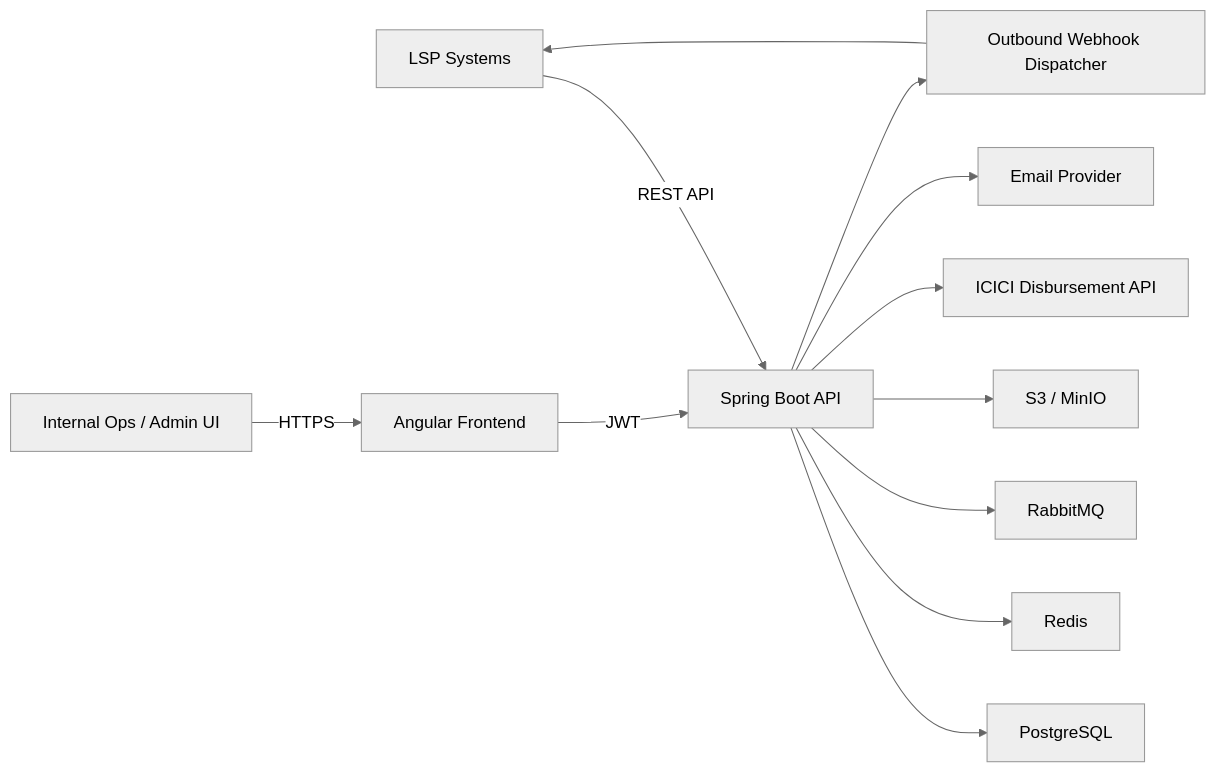
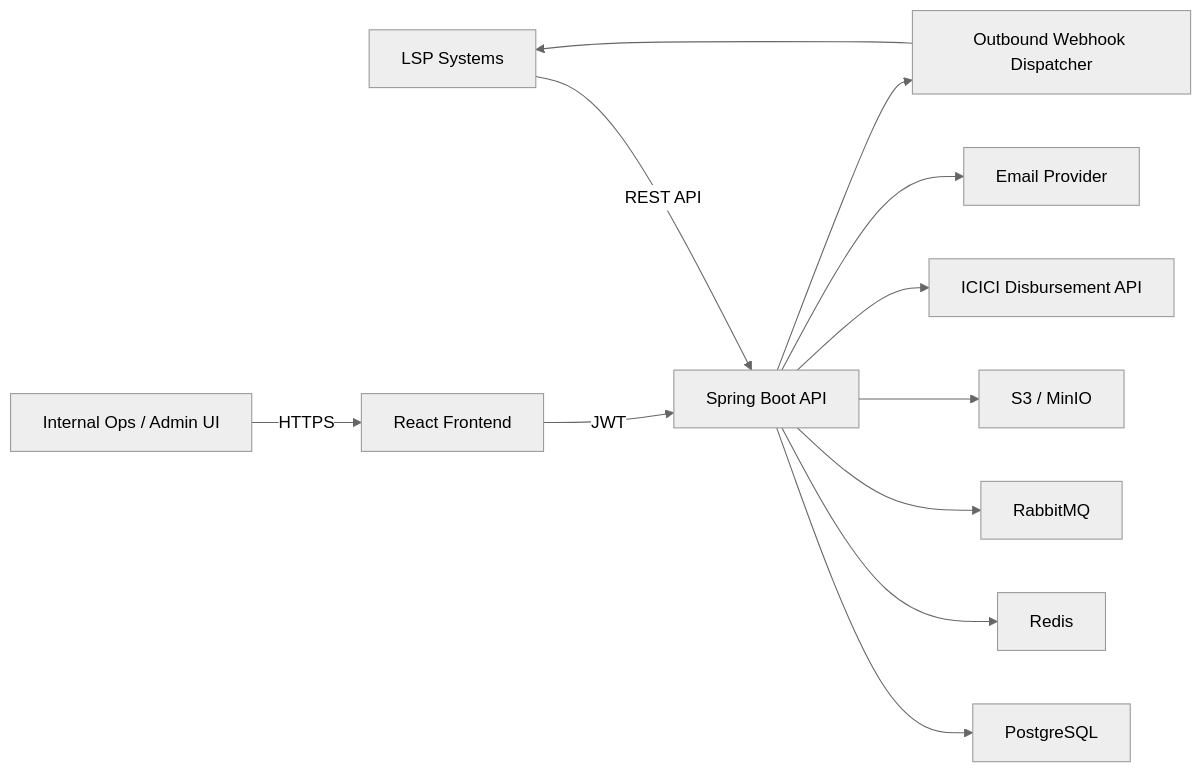
One commit to sid12701/lms changed the diagram in docs/architecture/lms-blueprint.md. Above: the diagram before and after it, drawn with Mermaid (neutral theme). The commit also changed other lines of this file and 2 other files, not shown here.

Commit message:
docs: align frontend stack references

````diff
--- a/docs/architecture/lms-blueprint.md
+++ b/docs/architecture/lms-blueprint.md
@@ -49,14 +49,14 @@
 ```mermaid
 flowchart LR
     LSP["LSP Systems"] -->|REST API| API["Spring Boot API"]
-    Ops["Internal Ops / Admin UI"] -->|HTTPS| UI["Angular Frontend"]
+Ops["Internal Ops / Admin UI"] -->|HTTPS| UI["React Frontend"]
     UI -->|JWT| API
     API --> DB["PostgreSQL"]
     API --> Cache["Redis"]
     API --> MQ["RabbitMQ"]
     API --> Docs["S3 / MinIO"]
     API --> ICICI["ICICI Disbursement API"]
     API --> Mail["Email Provider"]
     API --> Webhooks["Outbound Webhook Dispatcher"]
     Webhooks --> LSP
 ```
````
